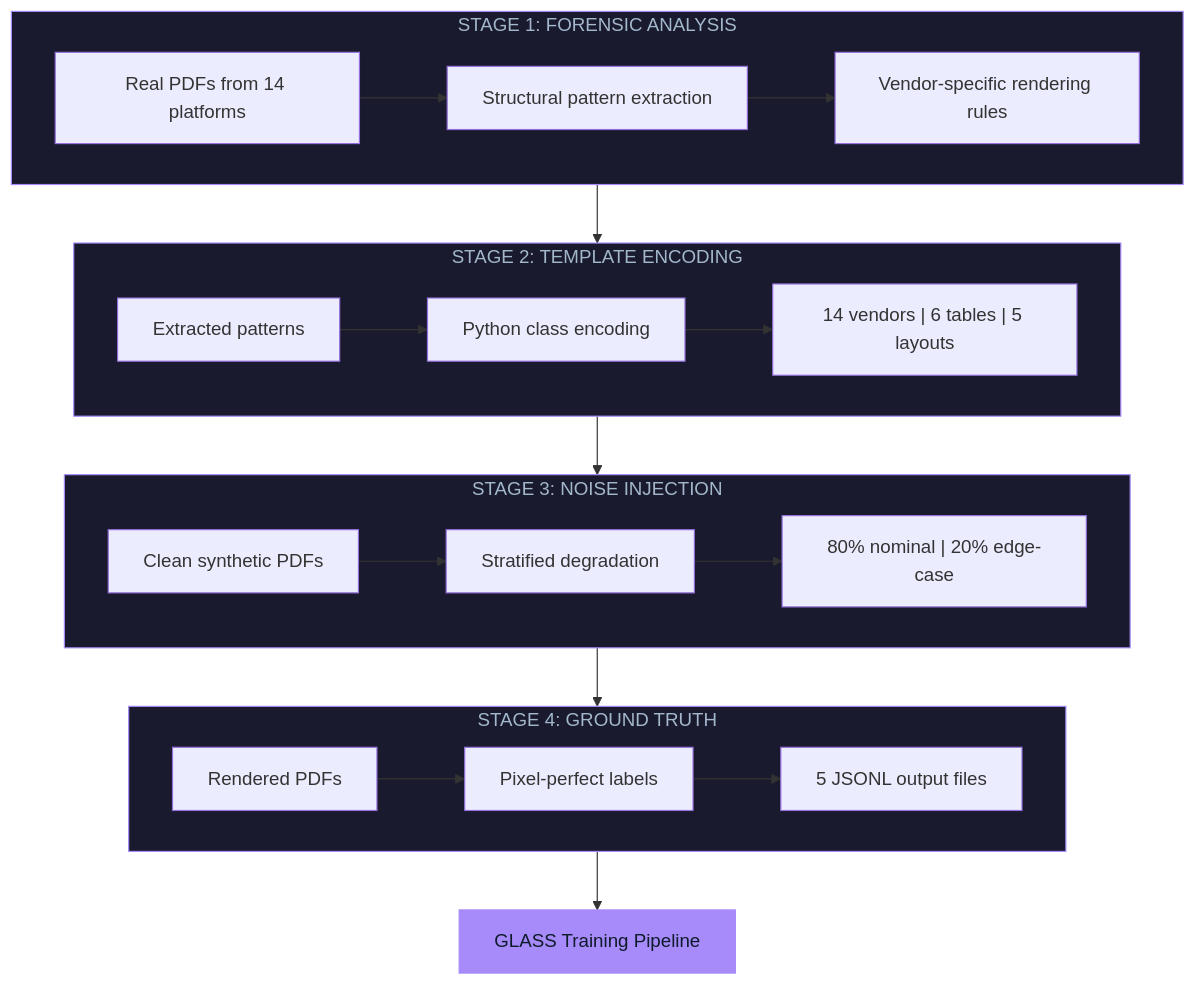
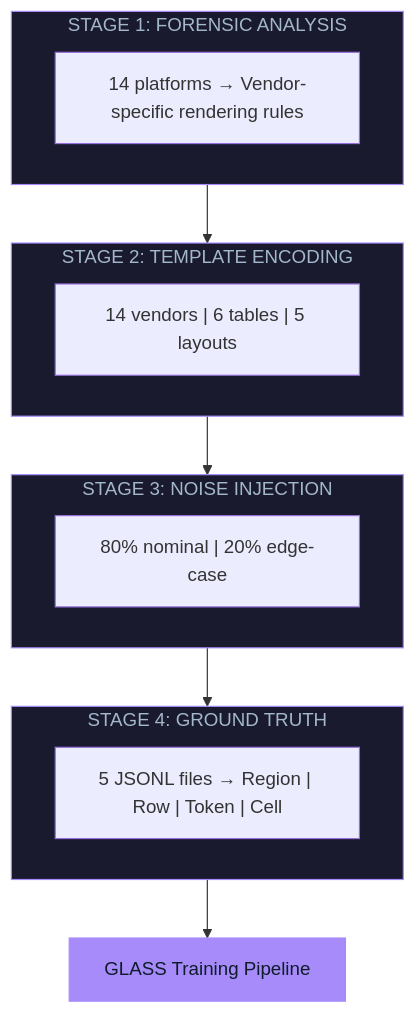
One commit to ges257/pdf-synth-engine changed the first of 7 diagrams in ARCHITECTURE.md. Above: the diagram before and after it, drawn with Mermaid. The commit also changed 1 other file, not shown here.

Commit message:
Simplify pipeline diagrams to single-line content per stage
🤖 Generated with [Claude Code](https://claude.com/claude-code)

````diff
--- a/ARCHITECTURE.md
+++ b/ARCHITECTURE.md
@@ -7,40 +7,28 @@
 ```mermaid
 flowchart TB
     subgraph S1["STAGE 1: FORENSIC ANALYSIS"]
-        A1["Real PDFs from 14 platforms"]
-        A2["Structural pattern extraction"]
-        A3["Vendor-specific rendering rules"]
-        A1 --> A2 --> A3
+        A1["14 platforms → Vendor-specific rendering rules"]
     end
 
     subgraph S2["STAGE 2: TEMPLATE ENCODING"]
-        B1["Extracted patterns"]
-        B2["Python class encoding"]
-        B3["14 vendors | 6 tables | 5 layouts"]
-        B1 --> B2 --> B3
+        B1["14 vendors | 6 tables | 5 layouts"]
     end
 
     subgraph S3["STAGE 3: NOISE INJECTION"]
-        C1["Clean synthetic PDFs"]
-        C2["Stratified degradation"]
-        C3["80% nominal | 20% edge-case"]
-        C1 --> C2 --> C3
+        C1["80% nominal | 20% edge-case"]
     end
 
     subgraph S4["STAGE 4: GROUND TRUTH"]
-        D1["Rendered PDFs"]
-        D2["Pixel-perfect labels"]
-        D3["5 JSONL output files"]
-        D1 --> D2 --> D3
+        D1["5 JSONL files → Region | Row | Token | Cell"]
     end
 
     S1 --> S2 --> S3 --> S4
 
     S4 --> E["GLASS Training Pipeline"]
 
     style S1 fill:#1a1a2e,stroke:#A78BFA,color:#A3B8CC
     style S2 fill:#1a1a2e,stroke:#A78BFA,color:#A3B8CC
     style S3 fill:#1a1a2e,stroke:#A78BFA,color:#A3B8CC
     style S4 fill:#1a1a2e,stroke:#A78BFA,color:#A3B8CC
     style E fill:#A78BFA,stroke:#A78BFA,color:#0D1B2A
 ```
````
